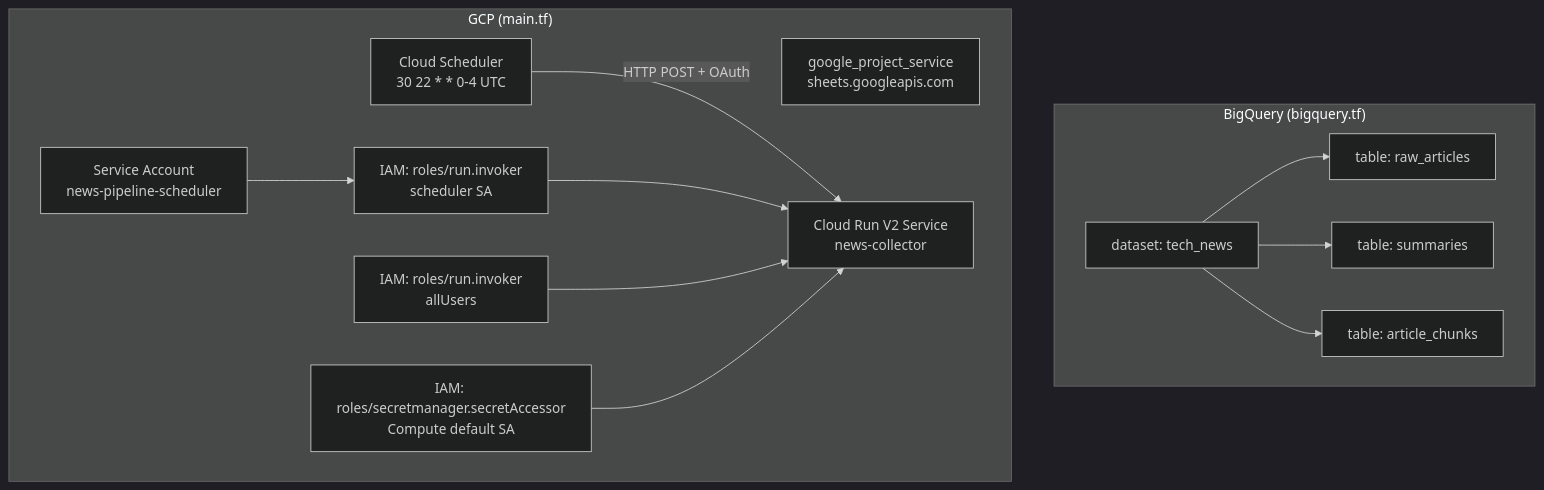
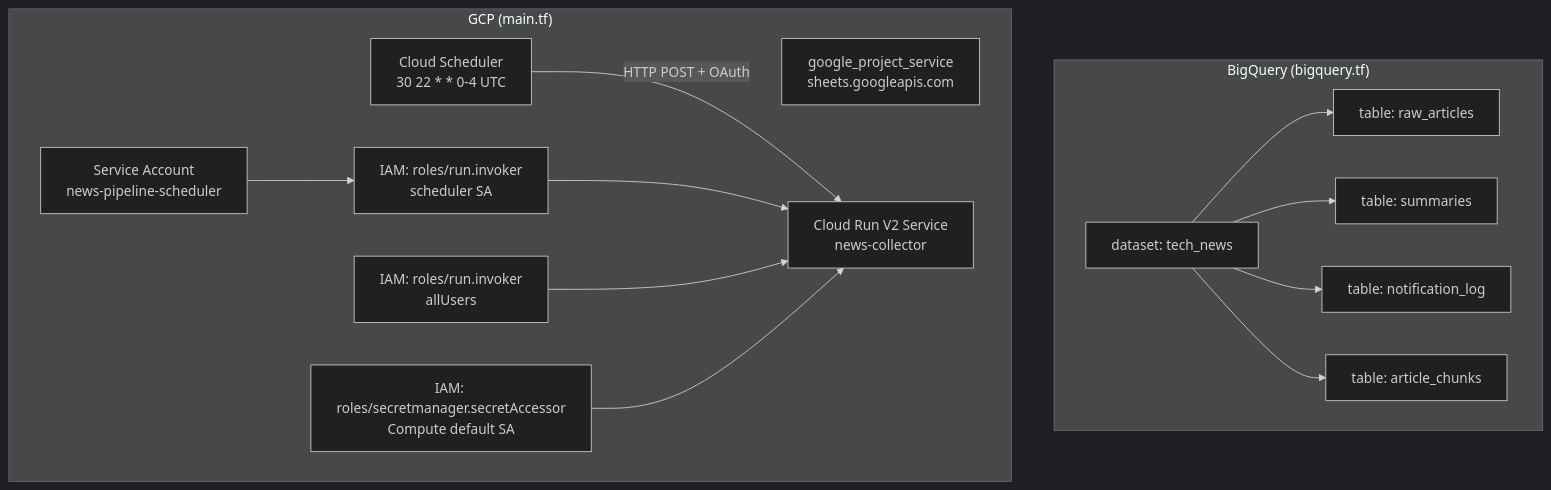
Before and after one commit to mishi5/data-platform-handson: the fifth of 6 diagrams in docs/news-pipeline-architecture.md, drawn with Mermaid (dark theme). The commit also changed other lines of this file and 1 other file, not shown here.

First line of the commit message:
docs: README・アーキテクチャ図を最新状態に更新

````diff
--- a/docs/news-pipeline-architecture.md
+++ b/docs/news-pipeline-architecture.md
@@ -165,24 +170,25 @@
 ```mermaid
 graph TD
     subgraph bq["BigQuery (bigquery.tf)"]
         DS[dataset: tech_news]
         T1[table: raw_articles]
         T2[table: summaries]
-        T3[table: article_chunks]
-        DS --> T1 & T2 & T3
+        T3[table: notification_log]
+        T4[table: article_chunks]
+        DS --> T1 & T2 & T3 & T4
     end
 
     subgraph gcp["GCP (main.tf)"]
         API[google_project_service<br/>sheets.googleapis.com]
         SVC[Cloud Run V2 Service<br/>news-collector]
         SCH[Cloud Scheduler<br/>30 22 * * 0-4 UTC]
         SA[Service Account<br/>news-pipeline-scheduler]
         IAM1[IAM: roles/run.invoker<br/>scheduler SA]
         IAM2[IAM: roles/run.invoker<br/>allUsers]
         IAM3[IAM: roles/secretmanager.secretAccessor<br/>Compute default SA]
         SCH -->|HTTP POST + OAuth| SVC
         SA --> IAM1 --> SVC
         IAM2 --> SVC
         IAM3 --> SVC
     end
 ```
````
